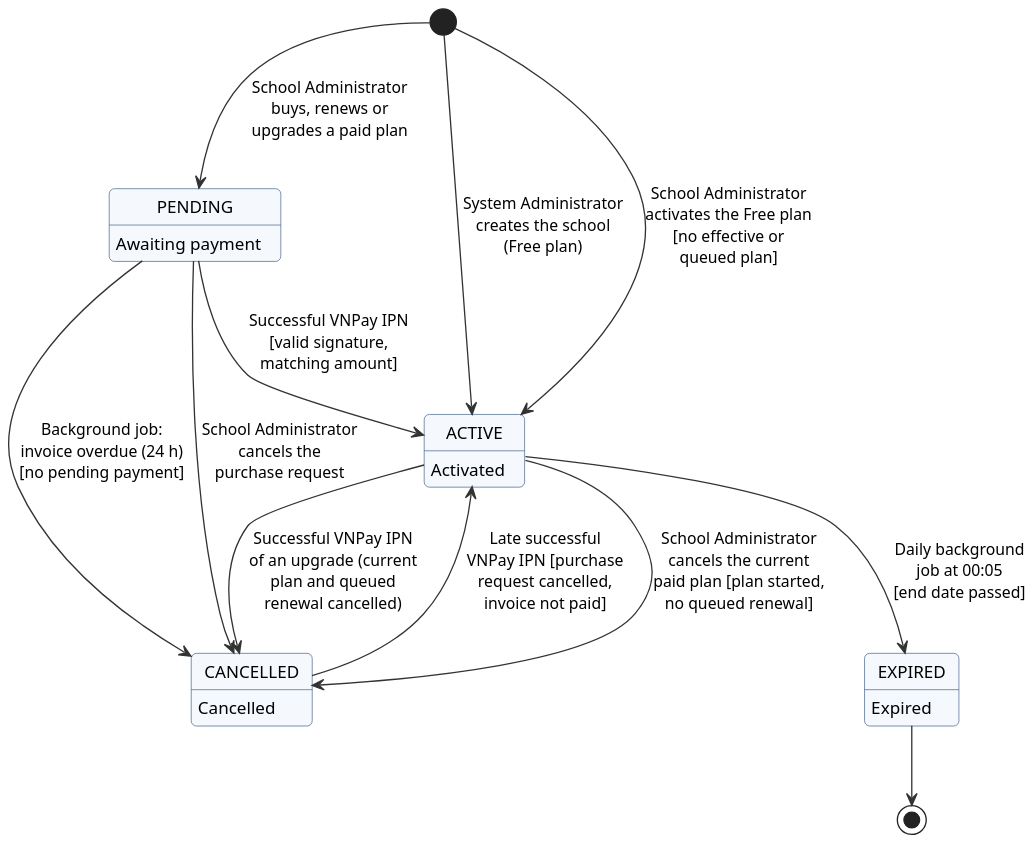
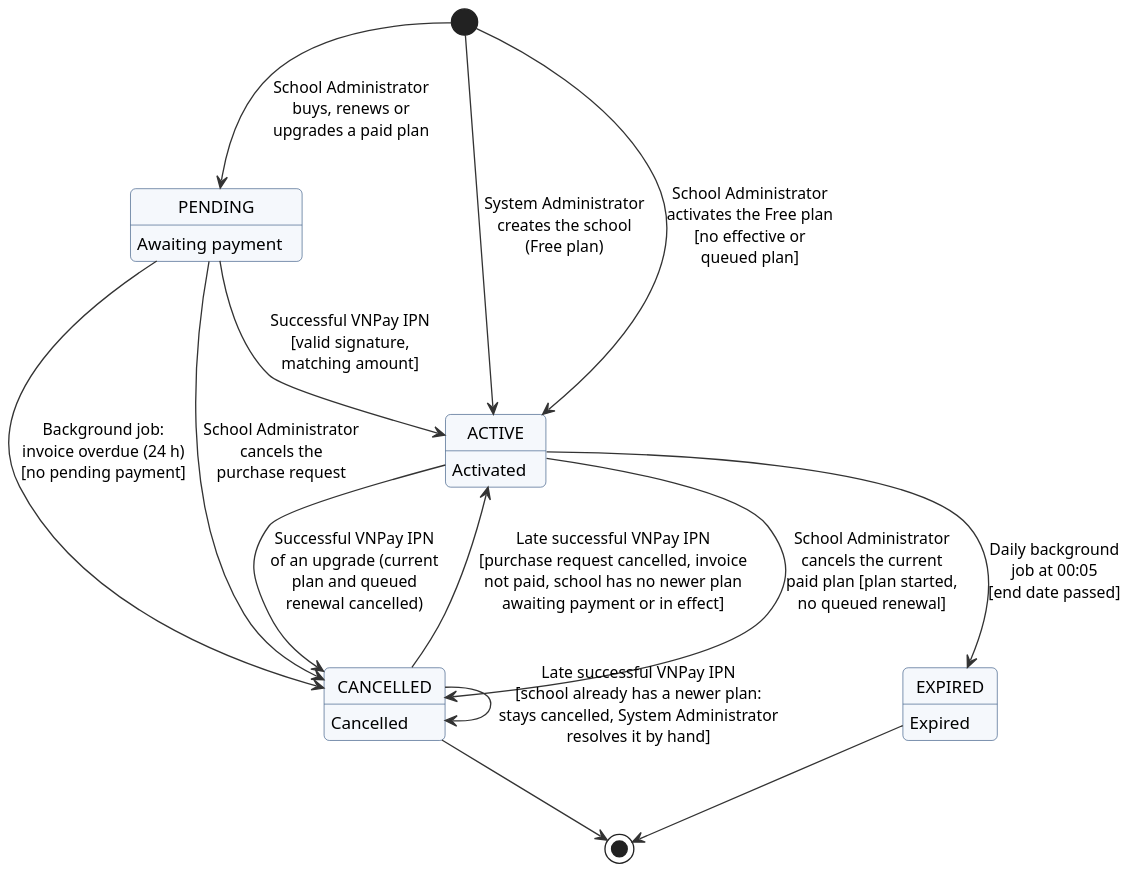
One commit to Nho2708/BE_Cultural_Heritage- changed the diagram in docs/so-do/trang-thai-dang-ky-goi.puml. Above: the diagram before and after it, drawn with PlantUML. The commit also changed 23 other files, not shown here.

First line of the commit message:
Update design diagrams and database overview to the current behavior (#50)

```diff
--- a/docs/so-do/trang-thai-dang-ky-goi.puml
+++ b/docs/so-do/trang-thai-dang-ky-goi.puml
@@ -1,42 +1,44 @@
 @startuml
 skinparam defaultFontName Arial
 skinparam defaultFontSize 13
 skinparam dpi 150
 skinparam shadowing false
 skinparam roundCorner 8
 skinparam ArrowColor #333333
 skinparam ArrowFontSize 12
 skinparam ActivityBackgroundColor #F5F8FC
 skinparam ActivityBorderColor #3B5B85
 skinparam ActivityDiamondBackgroundColor #FFF6E5
 skinparam ActivityDiamondBorderColor #B7791F
 skinparam SwimlaneTitleFontStyle bold
 skinparam StateBackgroundColor #F5F8FC
 skinparam StateBorderColor #3B5B85
 skinparam ComponentBackgroundColor #F5F8FC
 skinparam ComponentBorderColor #3B5B85
 skinparam NodeBackgroundColor #FFFFFF
 skinparam NodeBorderColor #555555
 skinparam DatabaseBackgroundColor #F5F8FC
 skinparam CloudBackgroundColor #FFFFFF
 skinparam ClassBackgroundColor #FFFFFF
 skinparam ClassBorderColor #3B5B85
 skinparam ClassHeaderBackgroundColor #E8EEF6
 skinparam PackageBorderColor #8A9BB3
 hide empty description
 state PENDING : Awaiting payment
 state ACTIVE : Activated
 state EXPIRED : Expired
 state CANCELLED : Cancelled
 [*] --> PENDING : School Administrator\nbuys, renews or\nupgrades a paid plan
 [*] --> ACTIVE : System Administrator\ncreates the school\n(Free plan)
 [*] --> ACTIVE : School Administrator\nactivates the Free plan\n[no effective or\nqueued plan]
 PENDING --> ACTIVE : Successful VNPay IPN\n[valid signature,\nmatching amount]
 PENDING --> CANCELLED : School Administrator\ncancels the\npurchase request
 PENDING --> CANCELLED : Background job:\ninvoice overdue (24 h)\n[no pending payment]
 ACTIVE --> CANCELLED : School Administrator\ncancels the current\npaid plan [plan started,\nno queued renewal]
 ACTIVE --> CANCELLED : Successful VNPay IPN\nof an upgrade (current\nplan and queued\nrenewal cancelled)
 ACTIVE --> EXPIRED : Daily background\njob at 00:05\n[end date passed]
-CANCELLED --> ACTIVE : Late successful\nVNPay IPN [purchase\nrequest cancelled,\ninvoice not paid]
+CANCELLED --> ACTIVE : Late successful VNPay IPN\n[purchase request cancelled, invoice\nnot paid, school has no newer plan\nawaiting payment or in effect]
+CANCELLED --> CANCELLED : Late successful VNPay IPN\n[school already has a newer plan:\nstays cancelled, System Administrator\nresolves it by hand]
+CANCELLED --> [*]
 EXPIRED --> [*]
 @enduml
```
